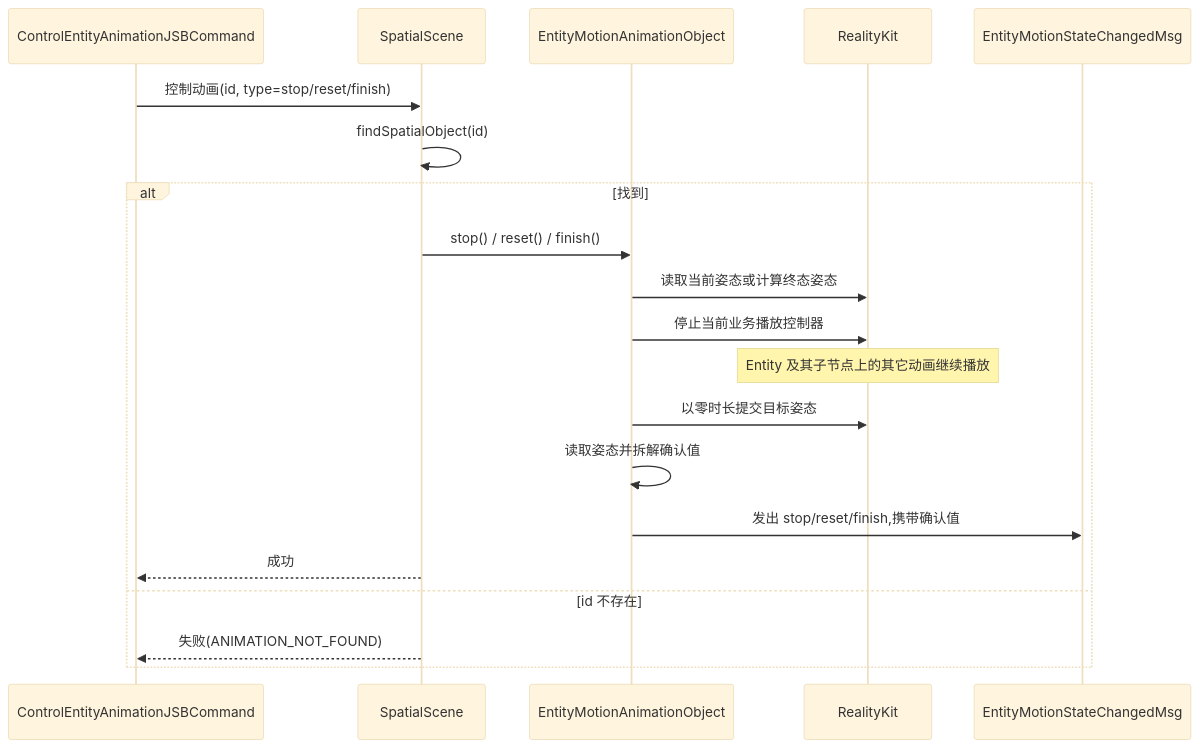
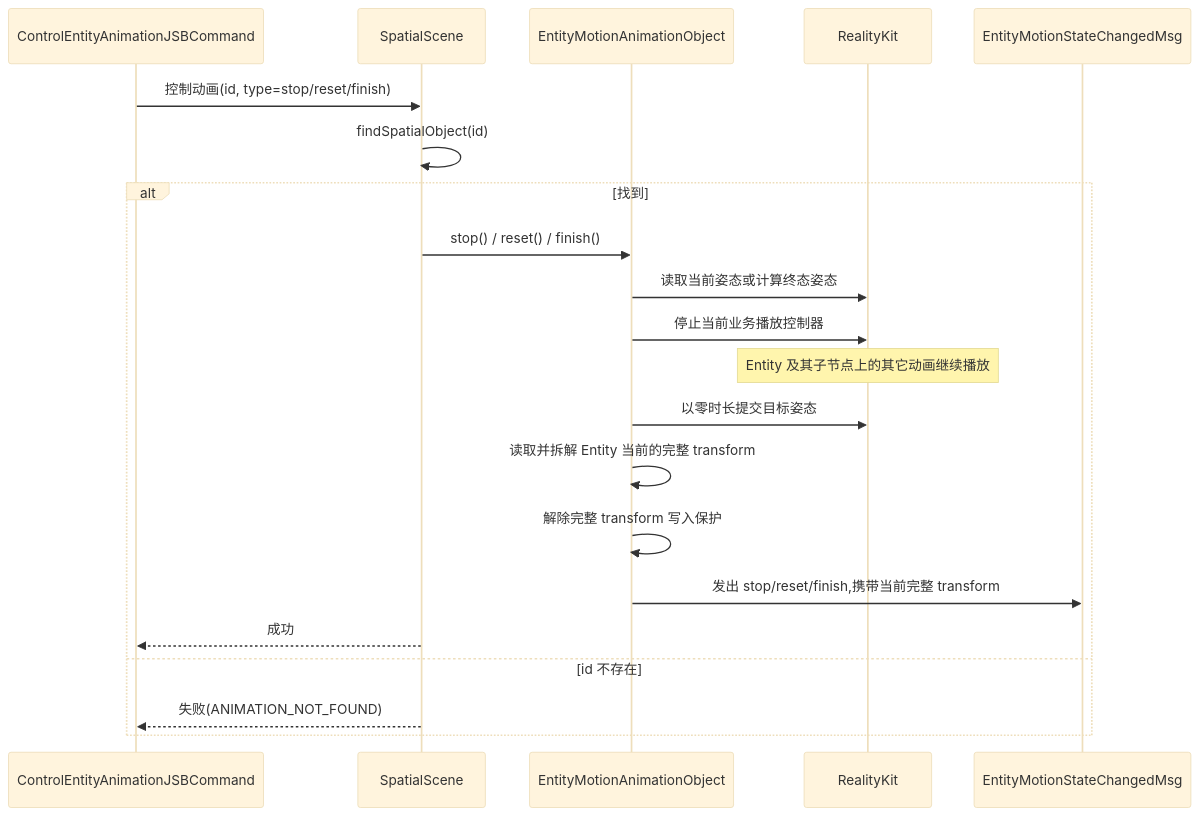
Diagram 13 of 14 in openspec/changes/redesign-entity-motion-api/design.zh.md (webspatial/webspatial-sdk), drawn with Mermaid (base theme) before and after one commit. The commit also changed other lines of this file and 7 other files, not shown here.

Commit message:
docs(openspec): clarify entity transform write protection and handoff

````diff
--- a/openspec/changes/redesign-entity-motion-api/design.zh.md
+++ b/openspec/changes/redesign-entity-motion-api/design.zh.md
@@ -1297,23 +1299,24 @@
 ```mermaid
 sequenceDiagram
     participant JSB as ControlEntityAnimationJSBCommand
     participant Scene as SpatialScene
     participant Obj as EntityMotionAnimationObject
     participant RK as RealityKit
     participant Event as EntityMotionStateChangedMsg
 
     JSB->>Scene: 控制动画(id, type=stop/reset/finish)
     Scene->>Scene: findSpatialObject(id)
     alt 找到
         Scene->>Obj: stop() / reset() / finish()
         Obj->>RK: 读取当前姿态或计算终态姿态
         Obj->>RK: 停止当前业务播放控制器
         Note over RK: Entity 及其子节点上的其它动画继续播放
         Obj->>RK: 以零时长提交目标姿态
-        Obj->>Obj: 读取姿态并拆解确认值
-        Obj->>Event: 发出 stop/reset/finish,携带确认值
+        Obj->>Obj: 读取并拆解 Entity 当前的完整 transform
+        Obj->>Obj: 解除完整 transform 写入保护
+        Obj->>Event: 发出 stop/reset/finish,携带当前完整 transform
         Scene-->>JSB: 成功
     else id 不存在
         Scene-->>JSB: 失败(ANIMATION_NOT_FOUND)
     end
 ```
````
